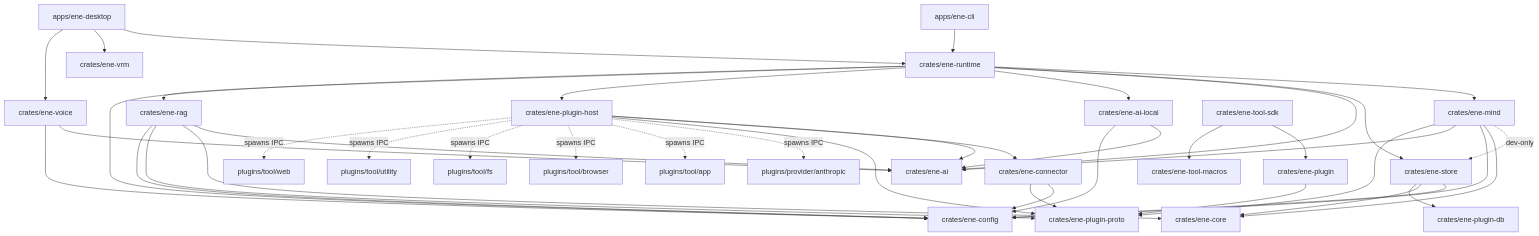
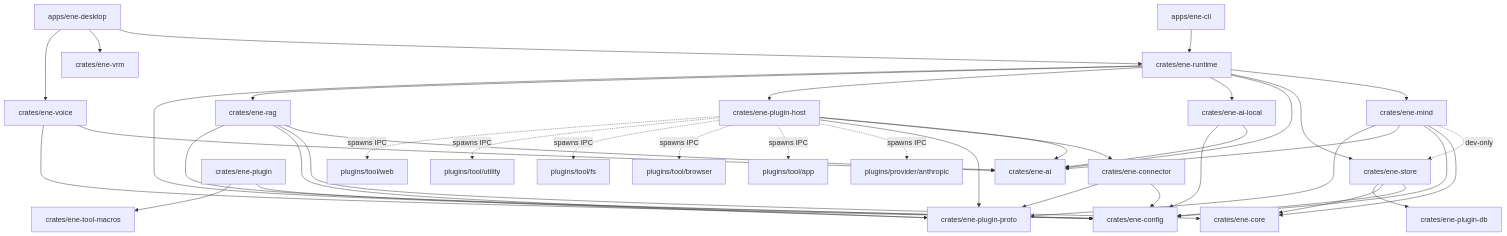
Before and after one commit to pexisgle/ene: the diagram in docs/architecture.md, drawn with Mermaid. The commit also changed other lines of this file and 95 other files, not shown here.

First line of the commit message:
refactor: extract ene-util, merge ene-tool-sdk into ene-plugin, rename local_engine (#449)

````diff
--- a/docs/architecture.md
+++ b/docs/architecture.md
@@ -22,54 +22,53 @@
 ```mermaid
 flowchart TD
   Desktop[apps/ene-desktop] --> Runtime[crates/ene-runtime]
   Desktop --> Vrm[crates/ene-vrm]
   Desktop --> Voice[crates/ene-voice]
   CLI[apps/ene-cli] --> Runtime
 
   Runtime --> Mind[crates/ene-mind]
   Runtime --> Store[crates/ene-store]
   Runtime --> Ai[crates/ene-ai]
   Runtime --> AiLocal[crates/ene-ai-local]
   Runtime --> ToolHost[crates/ene-plugin-host]
   Runtime --> Rag[crates/ene-rag]
   Runtime --> Config[crates/ene-config]
 
   Mind -.dev-only.-> Store
   Mind --> Core[crates/ene-core]
   Mind --> Config
   Mind --> Ai
   Mind --> Proto[crates/ene-plugin-proto]
 
   ToolHost --> Ai
   ToolHost --> Connector[crates/ene-connector]
   ToolHost --> Proto
 
   Connector --> Config
   Connector --> Proto
 
   AiLocal --> Ai
   AiLocal --> Config
 
   Voice --> Ai
   Voice --> Config
 
   Rag --> Ai
   Rag --> Core
   Rag --> Proto
   Rag --> Config
 
   Store --> Config
   Store --> Core
   Store --> PluginDb[crates/ene-plugin-db]
 
   Tool[crates/ene-plugin] --> Proto
-  ToolSdk[crates/ene-tool-sdk] --> Tool
-  ToolSdk --> Macros[crates/ene-tool-macros]
+  Tool --> Macros[crates/ene-tool-macros]
 
   ToolHost -.spawns IPC.-> Anthropic[plugins/provider/anthropic]
   ToolHost -.spawns IPC.-> ToolApp[plugins/tool/app]
   ToolHost -.spawns IPC.-> ToolBrowser[plugins/tool/browser]
   ToolHost -.spawns IPC.-> ToolFs[plugins/tool/fs]
   ToolHost -.spawns IPC.-> ToolUtil[plugins/tool/utility]
   ToolHost -.spawns IPC.-> ToolWeb[plugins/tool/web]
 ```
````
